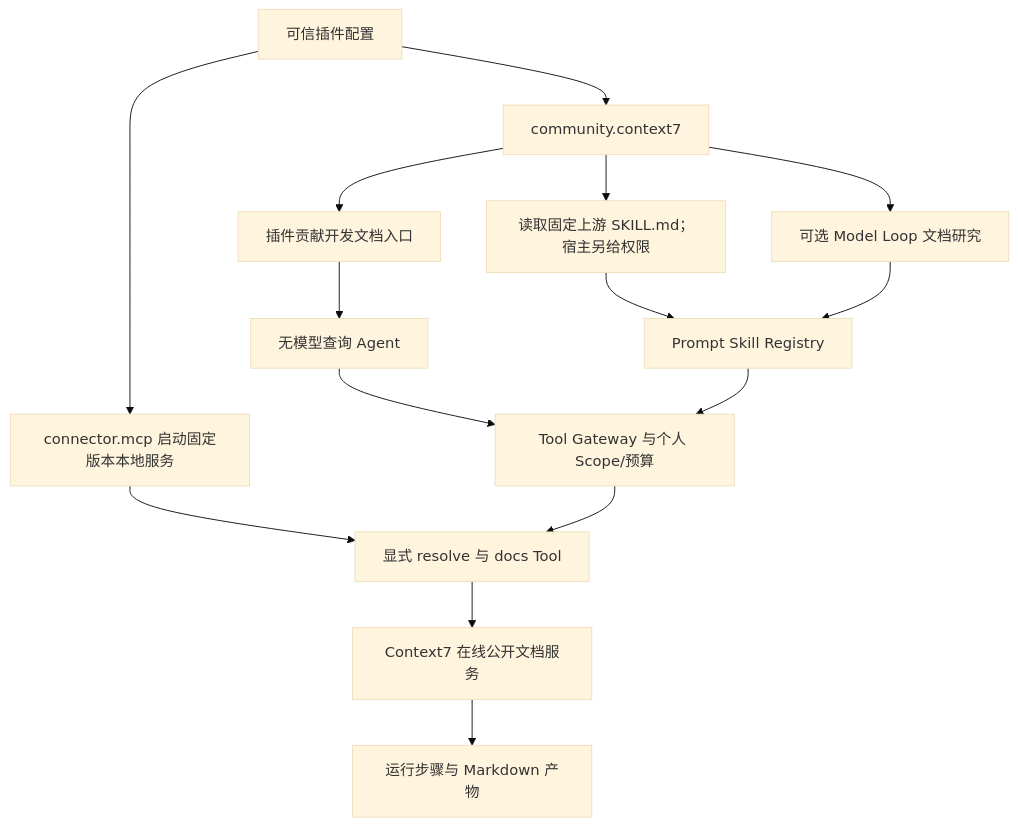
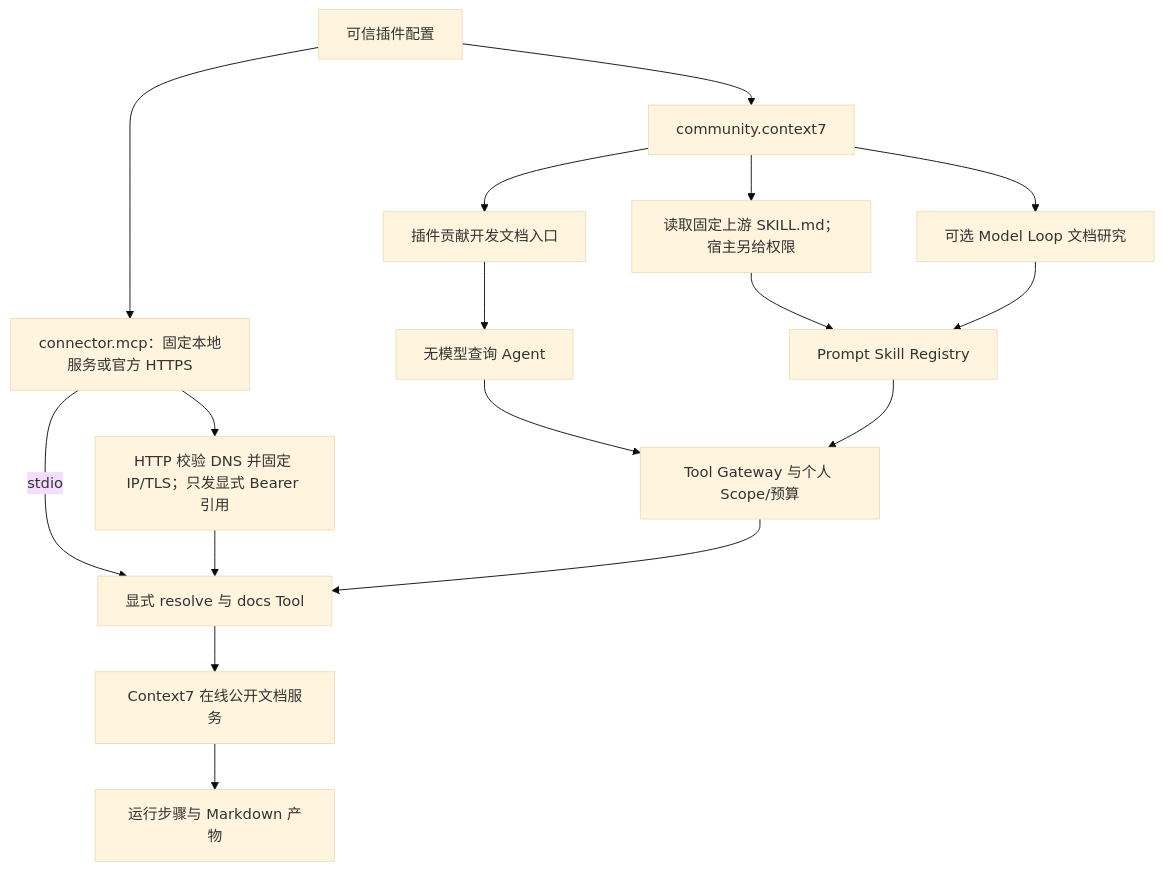
The diagram in backend/src/connectors/context7/FEATURE.md (KlayPeter/AI-Delivery-Ops-Agent), drawn with Mermaid (base theme) before and after one commit. The commit also changed other lines of this file and 16 other files, not shown here.

Commit message:
feat: connect public HTTP MCP services with bounded transport

````diff
--- a/backend/src/connectors/context7/FEATURE.md
+++ b/backend/src/connectors/context7/FEATURE.md
@@ -21,17 +21,19 @@
 ```mermaid
 flowchart TD
-    CFG[可信插件配置] --> MCP[connector.mcp 启动固定版本本地服务]
-    MCP --> TOOLS[显式 resolve 与 docs Tool]
+    CFG[可信插件配置] --> MCP[connector.mcp：固定本地服务或官方 HTTPS]
+    MCP --> NET[HTTP 校验 DNS 并固定 IP/TLS；只发显式 Bearer 引用]
+    MCP -- stdio --> TOOLS[显式 resolve 与 docs Tool]
+    NET --> TOOLS
     CFG --> PL[community.context7]
     PL --> UI[插件贡献开发文档入口]
     UI --> N[无模型查询 Agent]
     N --> G[Tool Gateway 与个人 Scope/预算]
     PL --> IMPORT[读取固定上游 SKILL.md；宿主另给权限]
     IMPORT --> SK[Prompt Skill Registry]
     PL --> M[可选 Model Loop 文档研究]
     M --> SK
     SK --> G
     G --> TOOLS
     TOOLS --> C[Context7 在线公开文档服务]
     C --> RESULT[运行步骤与 Markdown 产物]
 ```
````
